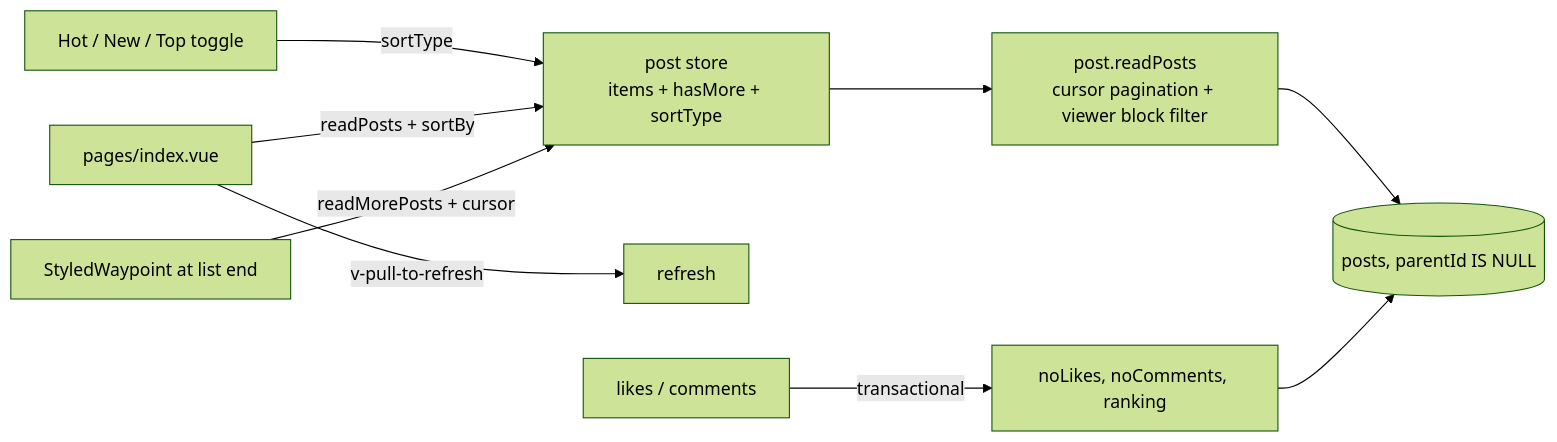
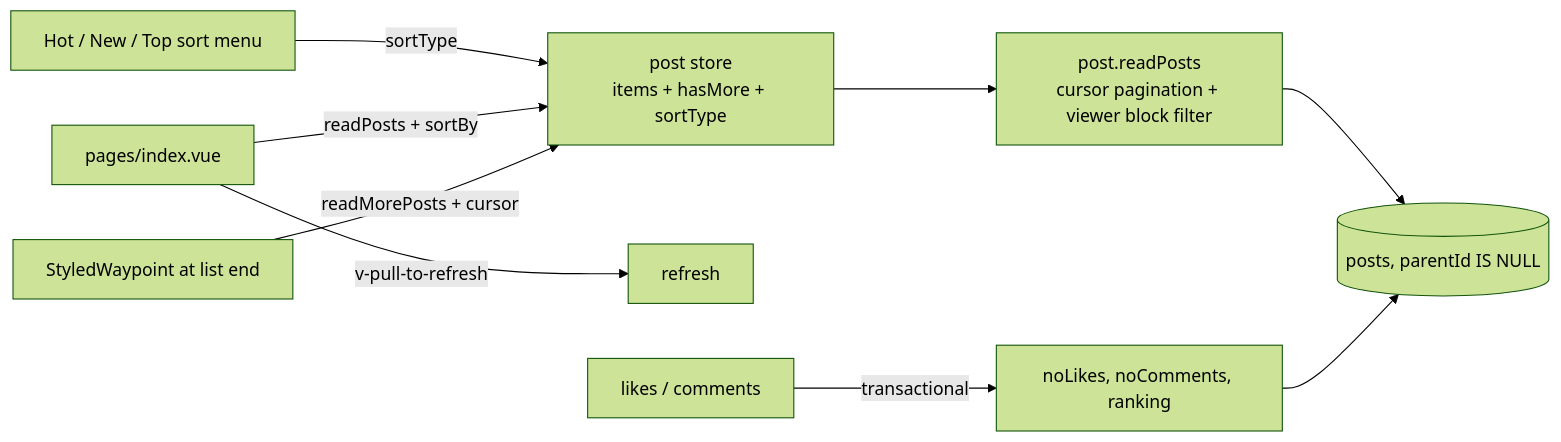
The diagram in packages/app/content/docs/posts/feed-and-ranking.md (Esposter/Esposter), drawn with Mermaid (forest theme) before and after one commit. The commit also changed other lines of this file and 9 other files, not shown here.

Commit message:
fix: docs and refactor sort menu

````diff
--- a/packages/app/content/docs/posts/feed-and-ranking.md
+++ b/packages/app/content/docs/posts/feed-and-ranking.md
@@ -12,11 +12,11 @@
 ```mermaid
 flowchart LR
-  toggle[Hot / New / Top toggle] -->|sortType| store[post store\nitems + hasMore + sortType]
+  sortMenu[Hot / New / Top sort menu] -->|sortType| store[post store\nitems + hasMore + sortType]
   page[pages/index.vue] -->|readPosts + sortBy| store
   page -->|v-pull-to-refresh| refresh[refresh]
   waypoint[StyledWaypoint at list end] -->|readMorePosts + cursor| store
   store --> proc[post.readPosts\ncursor pagination + viewer block filter]
   proc --> pg[(posts, parentId IS NULL)]
   mutation[likes / comments] -->|transactional| counters[noLikes, noComments, ranking]
   counters --> pg
 ```
````
